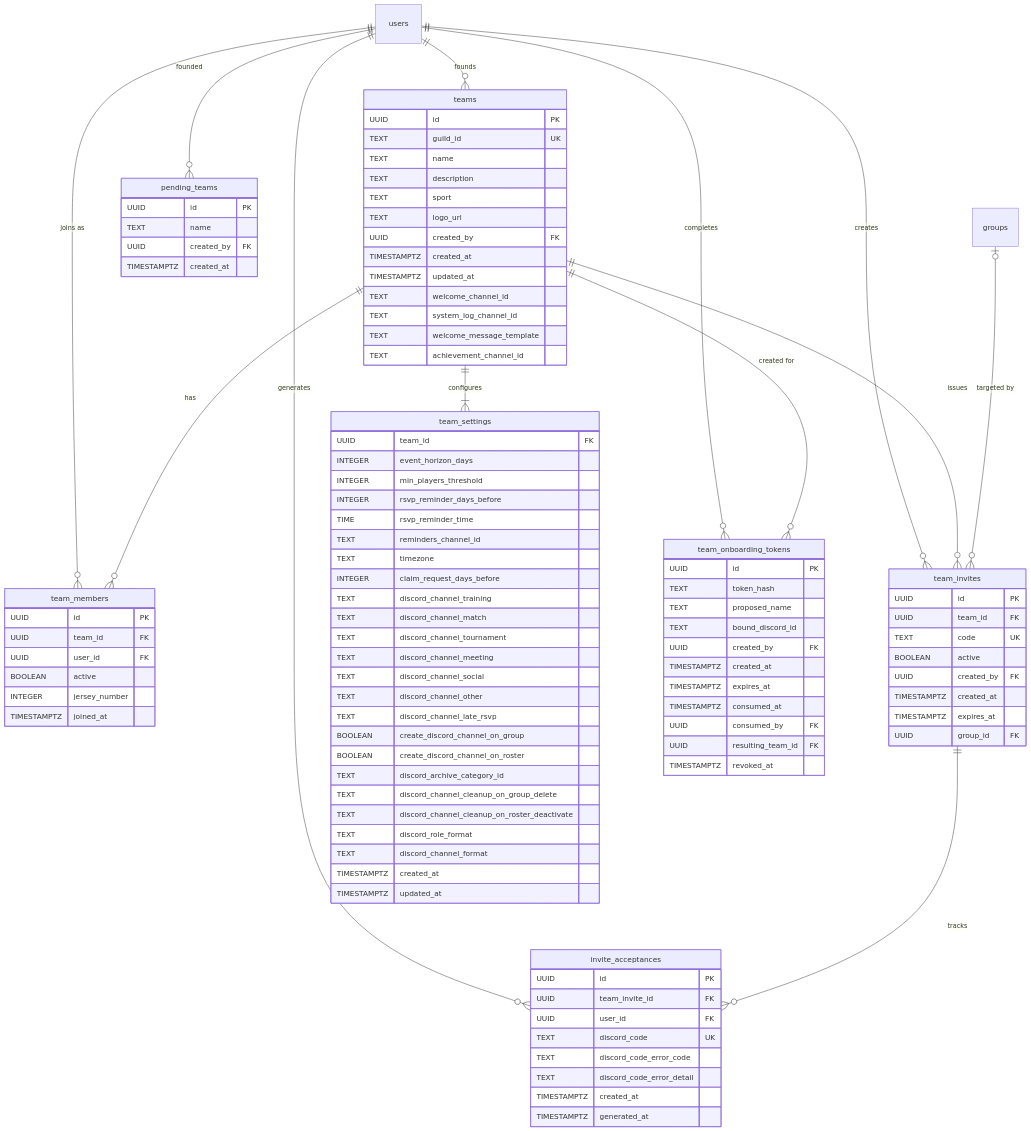
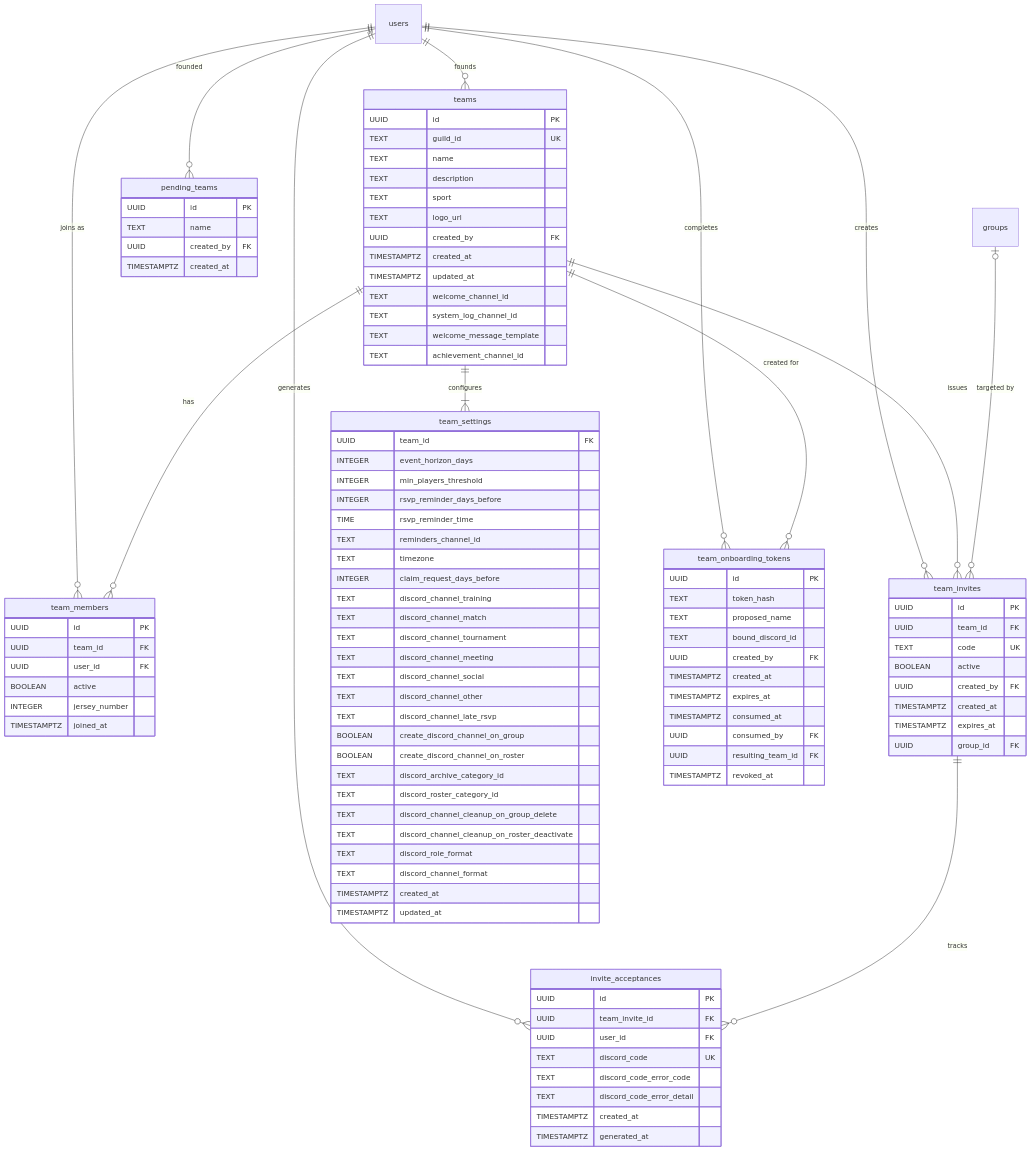
The third of 21 diagrams in docs/thesis/er-diagram.md (maxa-ondrej/sideline), drawn with Mermaid before and after one commit. The commit also changed other lines of this file and 27 other files, not shown here.

First line of the commit message:
fix: per-team Discord category for new roster channels (#432)

```diff
--- a/docs/thesis/er-diagram.md
+++ b/docs/thesis/er-diagram.md
@@ -290,6 +290,7 @@
         BOOLEAN create_discord_channel_on_group
         BOOLEAN create_discord_channel_on_roster
         TEXT discord_archive_category_id
+        TEXT discord_roster_category_id
         TEXT discord_channel_cleanup_on_group_delete
         TEXT discord_channel_cleanup_on_roster_deactivate
         TEXT discord_role_format
```
